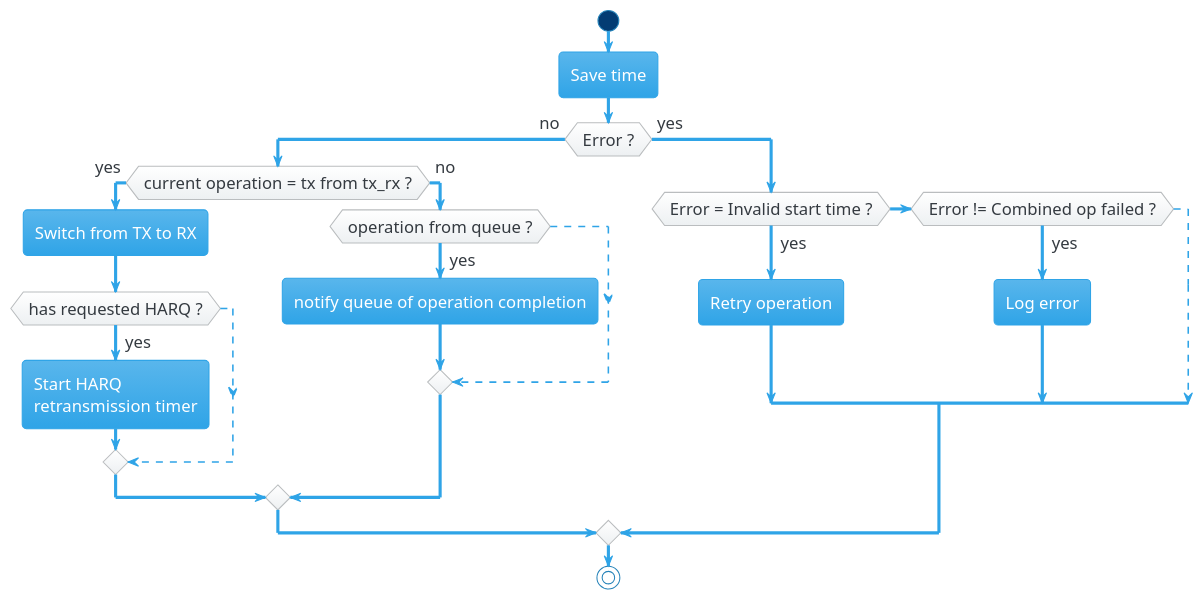
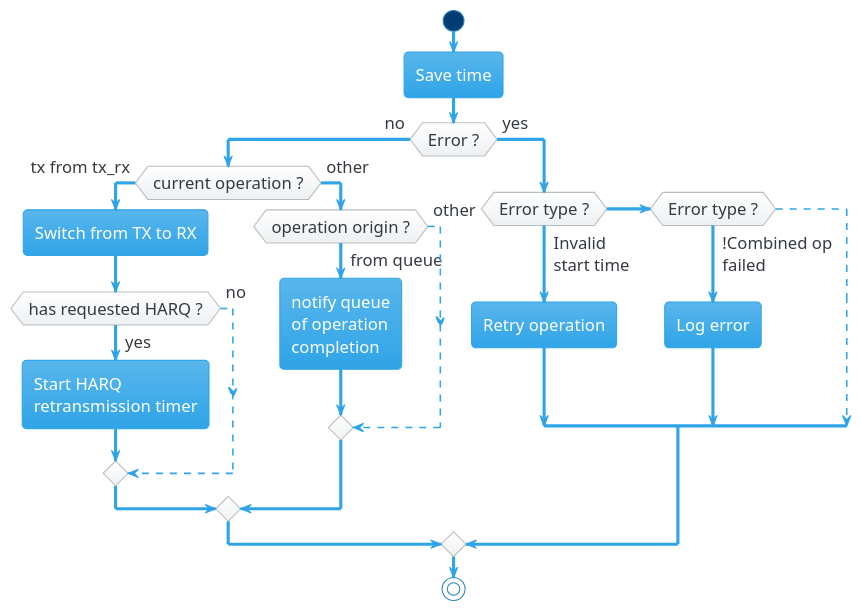
One commit to Terrazed/bachelor-project_dect-nr-plus-harq changed the diagram in doc/diagrams/phy_handler_cb_op_complete.puml. Above: the diagram before and after it, drawn with PlantUML. The commit also changed 1 other file, not shown here.

Commit message:
update opcomplete diagram

```diff
--- a/doc/diagrams/phy_handler_cb_op_complete.puml
+++ b/doc/diagrams/phy_handler_cb_op_complete.puml
@@ -1,38 +1,40 @@
 @startuml phy_handler_cb_op_complete
 
 !theme cerulean
 skinparam DefaultFontSize 16
 skinparam defaultFontName Gotham Black
 
 start
 :Save time;
 if (Error ?) then (no)
-    if (current operation = tx from tx_rx ?) then (yes)
+    if (current operation ?) then (tx from tx_rx)
         :Switch from TX to RX;
         if (has requested HARQ ?) then (yes)
             :Start HARQ
             retransmission timer;
-        else
+        else (no)
         -[dashed]->
         endif
-    else (no)
-        if (operation from queue ?) then (yes)
-            :notify queue of operation completion;
-        else
+    else (other)
+        if (operation origin ?) then (from queue)
+            :notify queue 
+            of operation
+            completion;
+        else (other)
         -[dashed]->
         endif
     endif
 else (yes)
-    if (Error = Invalid start time ?) then (yes)
+    if (Error type ?) then (Invalid\nstart time)
         :Retry operation;
-    elseif(Error != Combined op failed ?) then (yes)
+    elseif(Error type ?) then (!Combined op\nfailed)
         :Log error;
     else
     -[dashed]->
     endif
 endif
 
 stop
 
 
 @enduml
```
